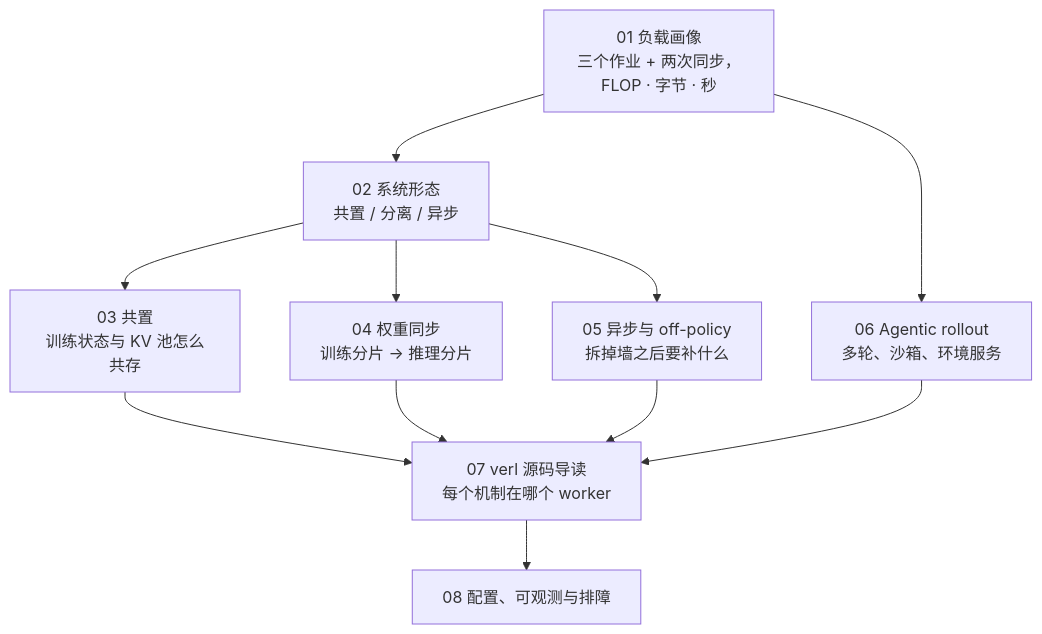
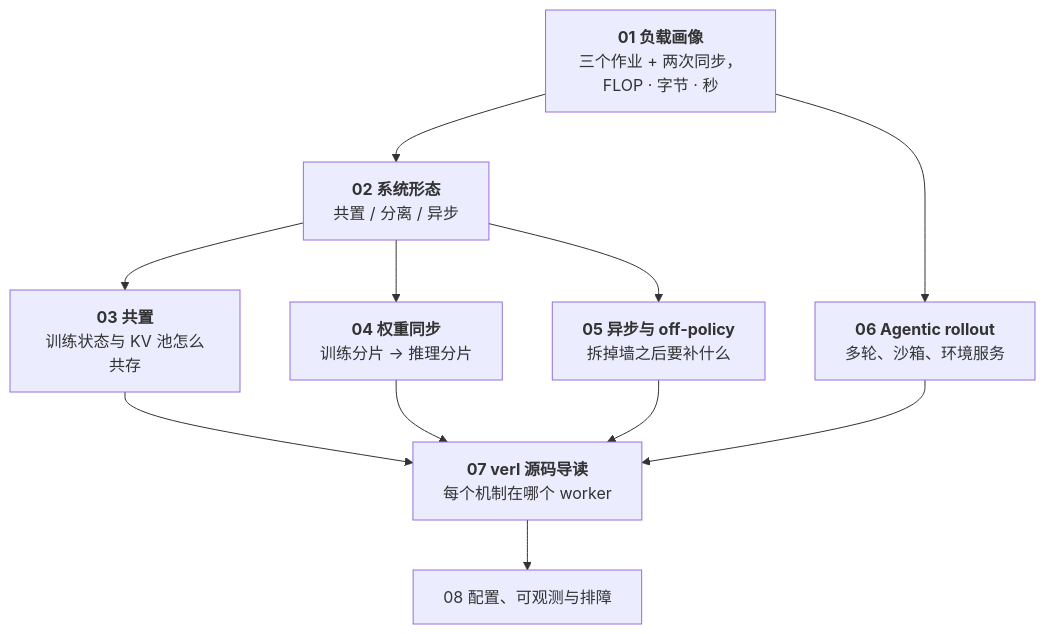
One commit to arganzheng/arganzheng.github.com changed the first of 2 diagrams in _posts/2026-09-03-rl-post-training-infra-series-recap-and-self-test.md. Above: the diagram before and after it, drawn with Mermaid. The commit also changed other lines of this file and 1 other file, not shown here.

Commit message:
RL 后训练基础设施：rollout 与训练如何共享一组 GPU：Mermaid 多行方框的首行标为标题（2 篇）
只在标签开头加 <b>…</b>，文字不变；长句、断句续行、代码 / 推演步骤、
并列行和判断菱形保持原样。

````diff
--- a/_posts/2026-09-03-rl-post-training-infra-series-recap-and-self-test.md
+++ b/_posts/2026-09-03-rl-post-training-infra-series-recap-and-self-test.md
@@ -19,13 +19,13 @@
 ```mermaid
 %%{init: {"flowchart": {"wrappingWidth": 170}}}%%
 %% 图：RL 后训练基础设施全景：先算账、再定形态、再解决形态带来的问题、最后读源码与配置
 flowchart TB
-    R1["01 负载画像<br/>三个作业 + 两次同步，FLOP · 字节 · 秒"] --> R2["02 系统形态<br/>共置 / 分离 / 异步"]
-    R2 --> R3["03 共置<br/>训练状态与 KV 池怎么共存"]
-    R2 --> R4["04 权重同步<br/>训练分片 → 推理分片"]
-    R2 --> R5["05 异步与 off-policy<br/>拆掉墙之后要补什么"]
-    R1 --> R6["06 Agentic rollout<br/>多轮、沙箱、环境服务"]
-    R3 & R4 & R5 & R6 --> R7["07 verl 源码导读<br/>每个机制在哪个 worker"]
+    R1["<b>01 负载画像</b><br/>三个作业 + 两次同步，FLOP · 字节 · 秒"] --> R2["<b>02 系统形态</b><br/>共置 / 分离 / 异步"]
+    R2 --> R3["<b>03 共置</b><br/>训练状态与 KV 池怎么共存"]
+    R2 --> R4["<b>04 权重同步</b><br/>训练分片 → 推理分片"]
+    R2 --> R5["<b>05 异步与 off-policy</b><br/>拆掉墙之后要补什么"]
+    R1 --> R6["<b>06 Agentic rollout</b><br/>多轮、沙箱、环境服务"]
+    R3 & R4 & R5 & R6 --> R7["<b>07 verl 源码导读</b><br/>每个机制在哪个 worker"]
     R7 --> R8["08 配置、可观测与排障"]
 
 ```
````
